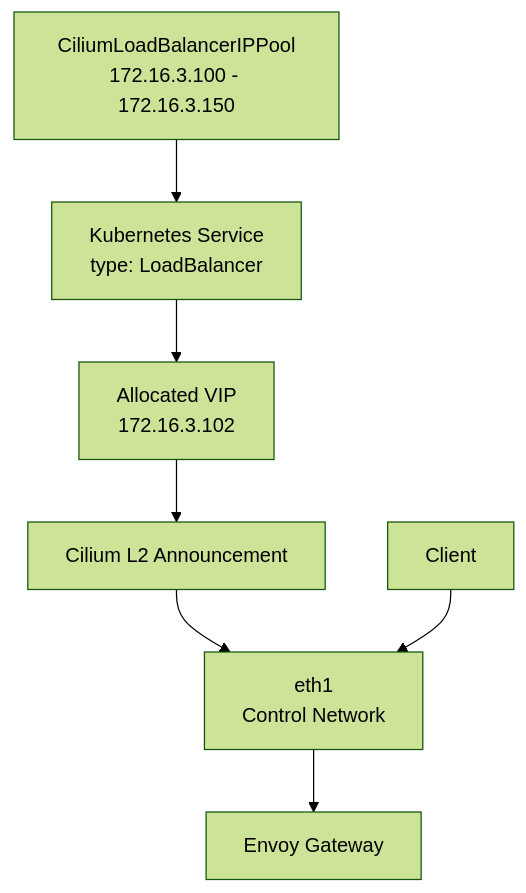
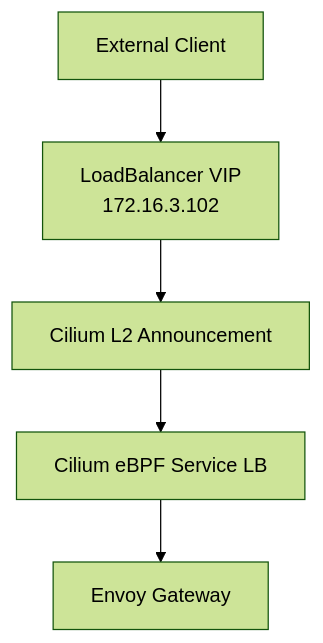
One commit to ahmed-sayed-devops/microservices-platform-gitops changed diagram 15 of 30 in docs/02-cilium/README.md. Above: the diagram before and after it, drawn with Mermaid (forest theme). The commit also changed other lines of this file, not shown here.

Commit message:
docs: add Cilium networking documentation

````diff
--- a/docs/02-cilium/README.md
+++ b/docs/02-cilium/README.md
@@ -1008,24 +847,18 @@
 ```mermaid
 flowchart TB
 
-    Pool["CiliumLoadBalancerIPPool<br/>172.16.3.100 - 172.16.3.150"]
+    Client["External Client"]
 
-    Service["Kubernetes Service<br/>type: LoadBalancer"]
-
-    VIP["Allocated VIP<br/>172.16.3.102"]
+    VIP["LoadBalancer VIP<br/>172.16.3.102"]
 
     L2["Cilium L2 Announcement"]
 
-    ETH["eth1<br/>Control Network"]
-
-    Client["Client"]
+    EBPF["Cilium eBPF Service LB"]
 
     Envoy["Envoy Gateway"]
 
-    Pool --> Service
-    Service --> VIP
+    Client --> VIP
     VIP --> L2
-    L2 --> ETH
-    Client --> ETH
-    ETH --> Envoy
+    L2 --> EBPF
+    EBPF --> Envoy
 ```
````
